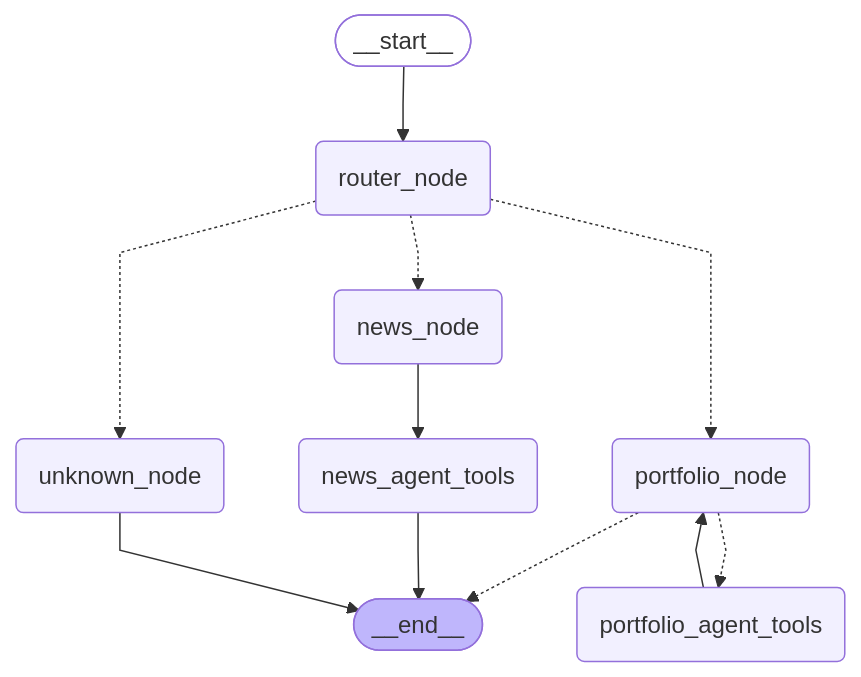
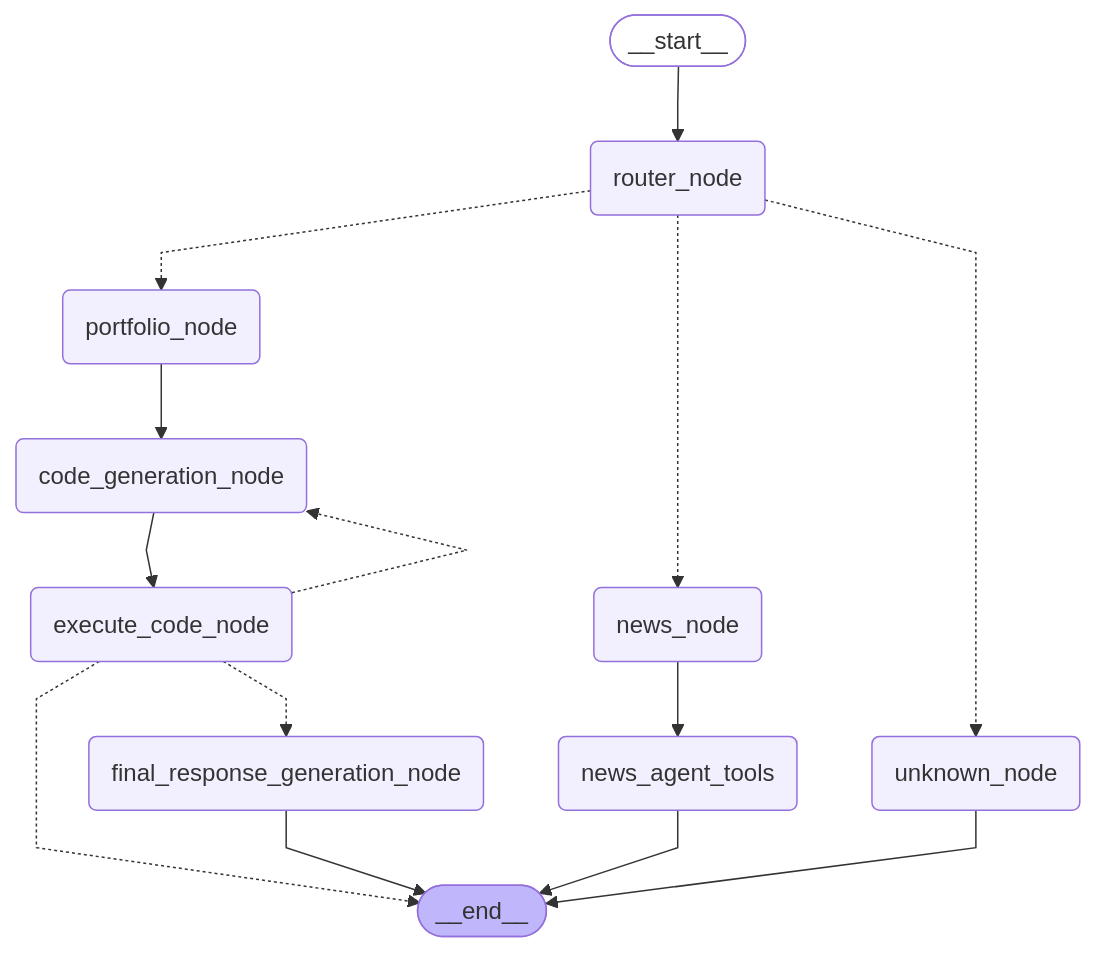
One commit to deepjyotk/finto changed the diagram in wiki/artifacts/langgraph-mermaid.mermaid. Above: the diagram before and after it, drawn with Mermaid. The commit also changed 12 other files, not shown here.

First line of the commit message:
Implement code generation and execution nodes for portfolio analysis

```diff
--- a/wiki/artifacts/langgraph-mermaid.mermaid
+++ b/wiki/artifacts/langgraph-mermaid.mermaid
@@ -1,27 +1,32 @@
 ---
 config:
   flowchart:
     curve: linear
 ---
 graph TD;
 	__start__([<p>__start__</p>]):::first
 	router_node(router_node)
 	news_node(news_node)
 	portfolio_node(portfolio_node)
 	news_agent_tools(news_agent_tools)
-	portfolio_agent_tools(portfolio_agent_tools)
+	code_generation_node(code_generation_node)
+	final_response_generation_node(final_response_generation_node)
+	execute_code_node(execute_code_node)
 	unknown_node(unknown_node)
 	__end__([<p>__end__</p>]):::last
 	__start__ --> router_node;
+	code_generation_node --> execute_code_node;
+	execute_code_node -.-> __end__;
+	execute_code_node -.-> code_generation_node;
+	execute_code_node -.-> final_response_generation_node;
 	news_node --> news_agent_tools;
-	portfolio_agent_tools --> portfolio_node;
-	portfolio_node -.-> __end__;
-	portfolio_node -.-> portfolio_agent_tools;
+	portfolio_node --> code_generation_node;
 	router_node -.-> news_node;
 	router_node -.-> portfolio_node;
 	router_node -.-> unknown_node;
+	final_response_generation_node --> __end__;
 	news_agent_tools --> __end__;
 	unknown_node --> __end__;
 	classDef default fill:#f2f0ff,line-height:1.2
 	classDef first fill-opacity:0
 	classDef last fill:#bfb6fc
```
